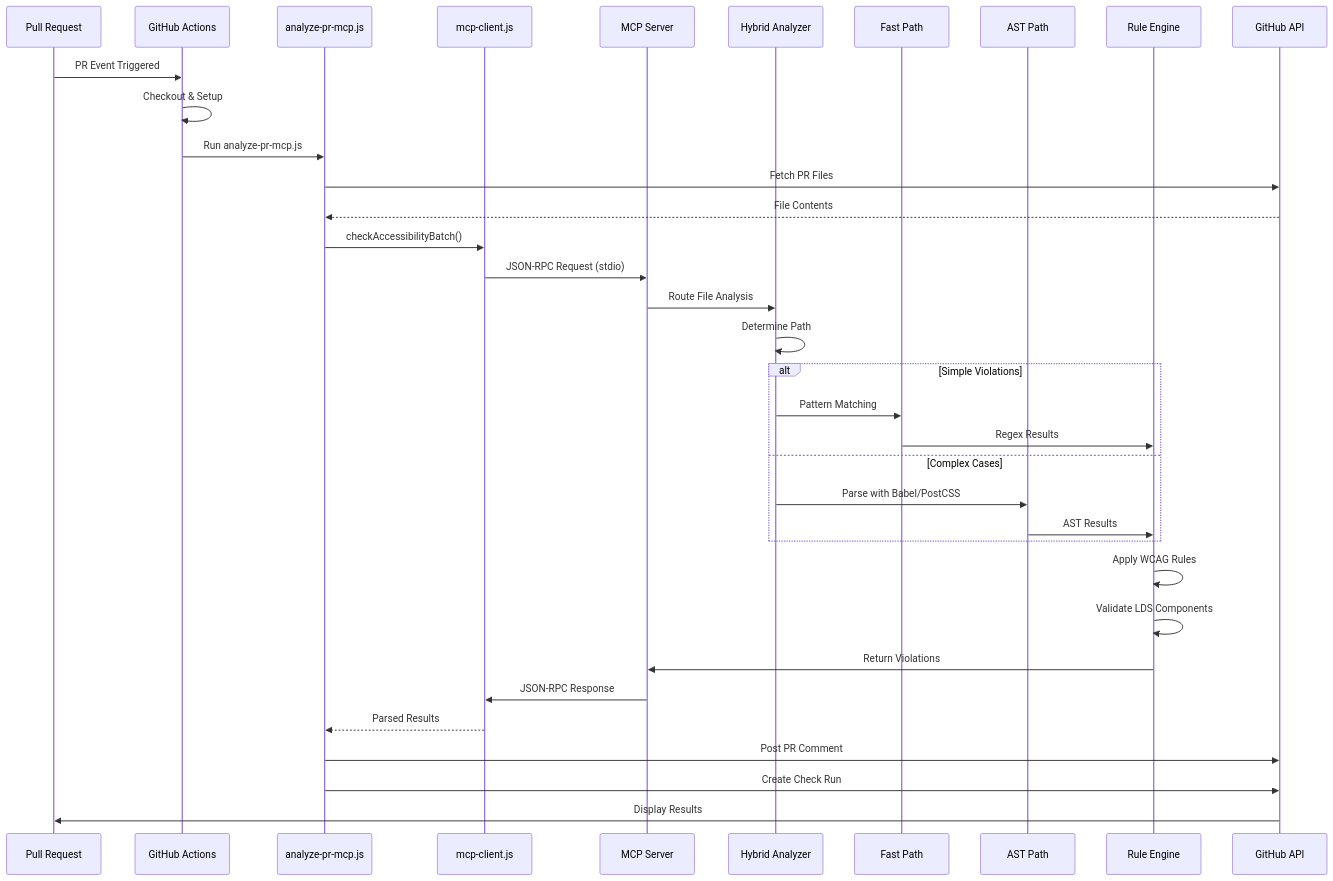
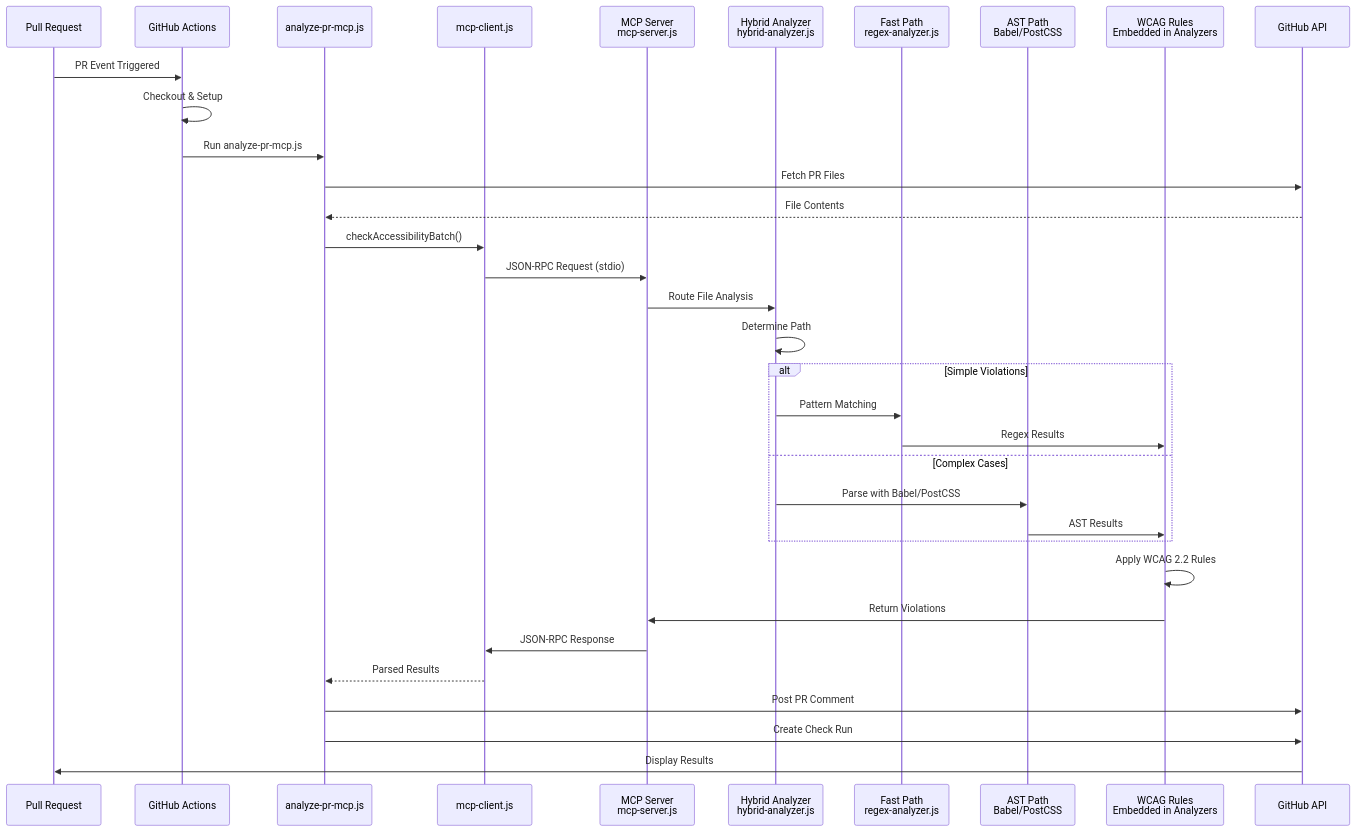
The third of 5 diagrams in docs/architecture/ARCHITECTURE.md (Berucha/a11y-mcp), drawn with Mermaid before and after one commit. The commit also changed other lines of this file and 1 other file, not shown here.

First line of the commit message:
docs: update architecture diagrams and descriptions for clarity

````diff
--- a/docs/architecture/ARCHITECTURE.md
+++ b/docs/architecture/ARCHITECTURE.md
@@ -129,40 +127,39 @@
 ```mermaid
 sequenceDiagram
     participant PR as Pull Request
     participant GA as GitHub Actions
     participant Analyzer as analyze-pr-mcp.js
     participant Client as mcp-client.js
-    participant MCP as MCP Server
-    participant Hybrid as Hybrid Analyzer
-    participant Fast as Fast Path
-    participant AST as AST Path
-    participant Rules as Rule Engine
+    participant MCP as MCP Server<br/>mcp-server.js
+    participant Hybrid as Hybrid Analyzer<br/>hybrid-analyzer.js
+    participant Fast as Fast Path<br/>regex-analyzer.js
+    participant AST as AST Path<br/>Babel/PostCSS
+    participant Rules as WCAG Rules<br/>Embedded in Analyzers
     participant GitHub as GitHub API
     
     PR->>GA: PR Event Triggered
     GA->>GA: Checkout & Setup
     GA->>Analyzer: Run analyze-pr-mcp.js
     Analyzer->>GitHub: Fetch PR Files
     GitHub-->>Analyzer: File Contents
     Analyzer->>Client: checkAccessibilityBatch()
     Client->>MCP: JSON-RPC Request (stdio)
     MCP->>Hybrid: Route File Analysis
     Hybrid->>Hybrid: Determine Path
     
     alt Simple Violations
         Hybrid->>Fast: Pattern Matching
         Fast->>Rules: Regex Results
     else Complex Cases
         Hybrid->>AST: Parse with Babel/PostCSS
         AST->>Rules: AST Results
     end
     
-    Rules->>Rules: Apply WCAG Rules
-    Rules->>Rules: Validate LDS Components
+    Rules->>Rules: Apply WCAG 2.2 Rules
     Rules->>MCP: Return Violations
     MCP->>Client: JSON-RPC Response
     Client-->>Analyzer: Parsed Results
     Analyzer->>GitHub: Post PR Comment
     Analyzer->>GitHub: Create Check Run
     GitHub->>PR: Display Results
 ```
````
